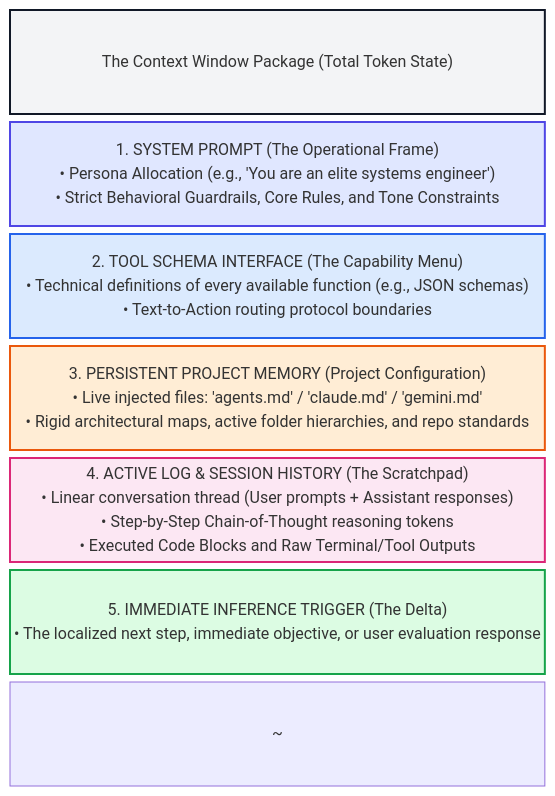
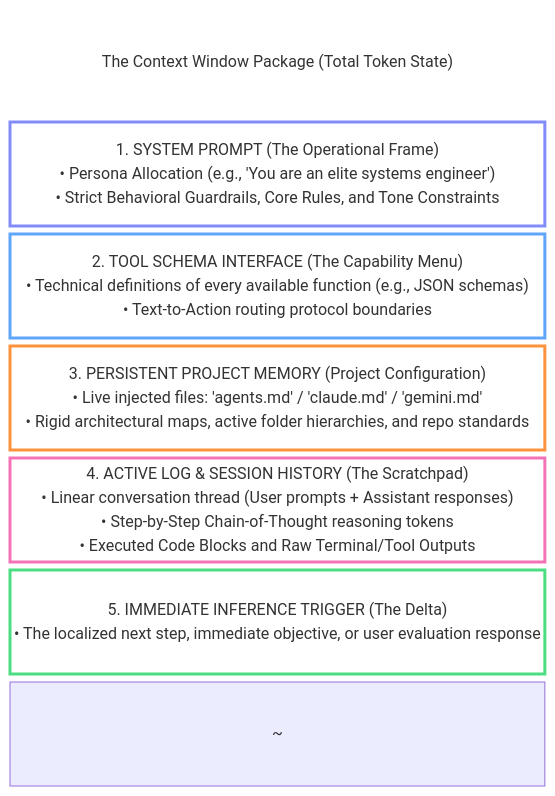
One commit to nirajp82/AICoder changed the first of 2 diagrams in 02/02_ContextEngineering.md. Above: the diagram before and after it, drawn with Mermaid.

Commit message:
Revise styles for dark mode in ContextEngineering.md
Updated styling for dark mode with transparent fills and distinct borders.

````diff
--- a/02/02_ContextEngineering.md
+++ b/02/02_ContextEngineering.md
@@ -25,35 +25,36 @@
 ```mermaid
 block-beta
     columns 1
     Title["The Context Window Package (Total Token State)"]
     
     SystemPrompt["1. SYSTEM PROMPT (The Operational Frame)
     • Persona Allocation (e.g., 'You are an elite systems engineer')
     • Strict Behavioral Guardrails, Core Rules, and Tone Constraints"]
     
     Tools["2. TOOL SCHEMA INTERFACE (The Capability Menu)
     • Technical definitions of every available function (e.g., JSON schemas)
     • Text-to-Action routing protocol boundaries"]
     
     AgentsMD["3. PERSISTENT PROJECT MEMORY (Project Configuration)
     • Live injected files: 'agents.md' / 'claude.md' / 'gemini.md'
     • Rigid architectural maps, active folder hierarchies, and repo standards"]
     
     History["4. ACTIVE LOG & SESSION HISTORY (The Scratchpad)
     • Linear conversation thread (User prompts + Assistant responses)
     • Step-by-Step Chain-of-Thought reasoning tokens
     • Executed Code Blocks and Raw Terminal/Tool Outputs"]
     
     NewPrompt["5. IMMEDIATE INFERENCE TRIGGER (The Delta)
     • The localized next step, immediate objective, or user evaluation response"]
     
     Title ~ SystemPrompt ~ Tools ~ AgentsMD ~ History ~ NewPrompt
     
-    style Title fill:#f3f4f6,stroke:#111827,stroke-width:2px,color:#111827
-    style SystemPrompt fill:#e0e7ff,stroke:#4f46e5,stroke-width:2px
-    style Tools fill:#dbeafe,stroke:#2563eb,stroke-width:2px
-    style AgentsMD fill:#ffedd5,stroke:#ea580c,stroke-width:2px
-    style History fill:#fce7f3,stroke:#db2777,stroke-width:2px
-    style NewPrompt fill:#dcfce3,stroke:#16a34a,stroke-width:2px
+    %% Dark Mode Harmonized Styling (Transparent Fills + Distinct Borders + Safe Text Colors)
+    style Title fill:none,stroke:#ffffff,stroke-width:2px,color:#ffffff
+    style SystemPrompt fill:none,stroke:#818cf8,stroke-width:3px,color:#e0e7ff
+    style Tools fill:none,stroke:#60a5fa,stroke-width:3px,color:#dbeafe
+    style AgentsMD fill:none,stroke:#fb923c,stroke-width:3px,color:#ffedd5
+    style History fill:none,stroke:#f472b6,stroke-width:3px,color:#fce7f3
+    style NewPrompt fill:none,stroke:#4ade80,stroke-width:3px,color:#dcfce3
 
 ```
````
